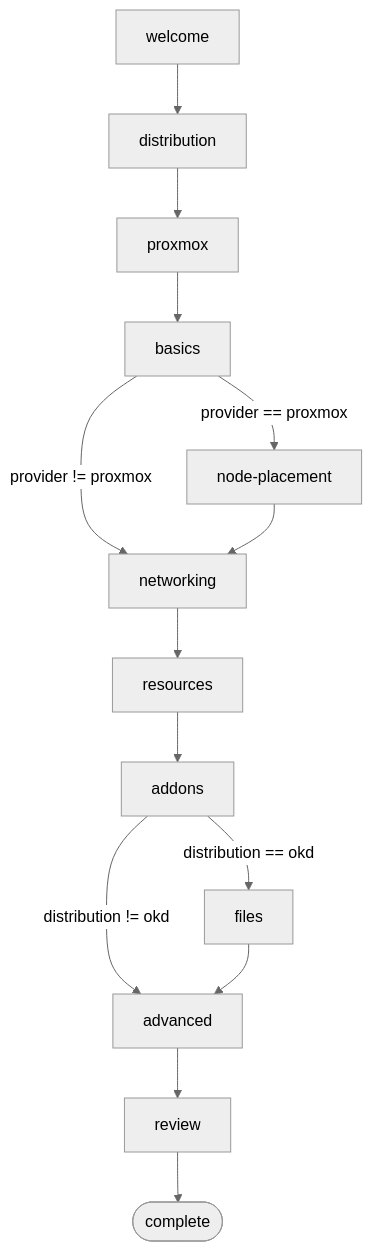
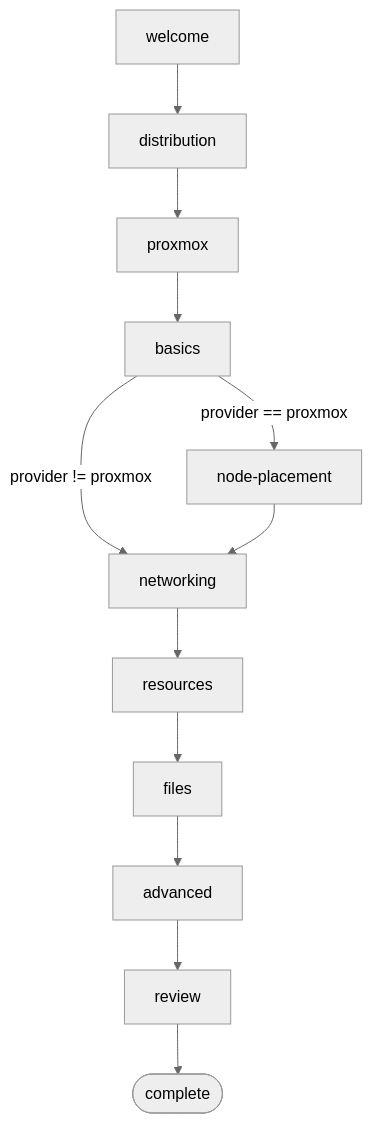
The diagram in docs/architecture/wizard.md (qxtaiba/okdctl), drawn with Mermaid (neutral theme) before and after one commit. The commit also changed other lines of this file, not shown here.

````diff
--- a/docs/architecture/wizard.md
+++ b/docs/architecture/wizard.md
@@ -279,16 +258,14 @@
 ```mermaid
 flowchart TD
     welcome --> distribution
     distribution --> proxmox
     proxmox --> basics
     basics -->|"provider == proxmox"| nodePlacement[node-placement]
     basics -->|"provider != proxmox"| networking
     nodePlacement --> networking
     networking --> resources
-    resources --> addons
-    addons -->|"distribution == okd"| filesStep[files]
-    addons -->|"distribution != okd"| advanced
+    resources --> filesStep[files]
     filesStep --> advanced
     advanced --> review
     review --> E([complete])
 ```
````
